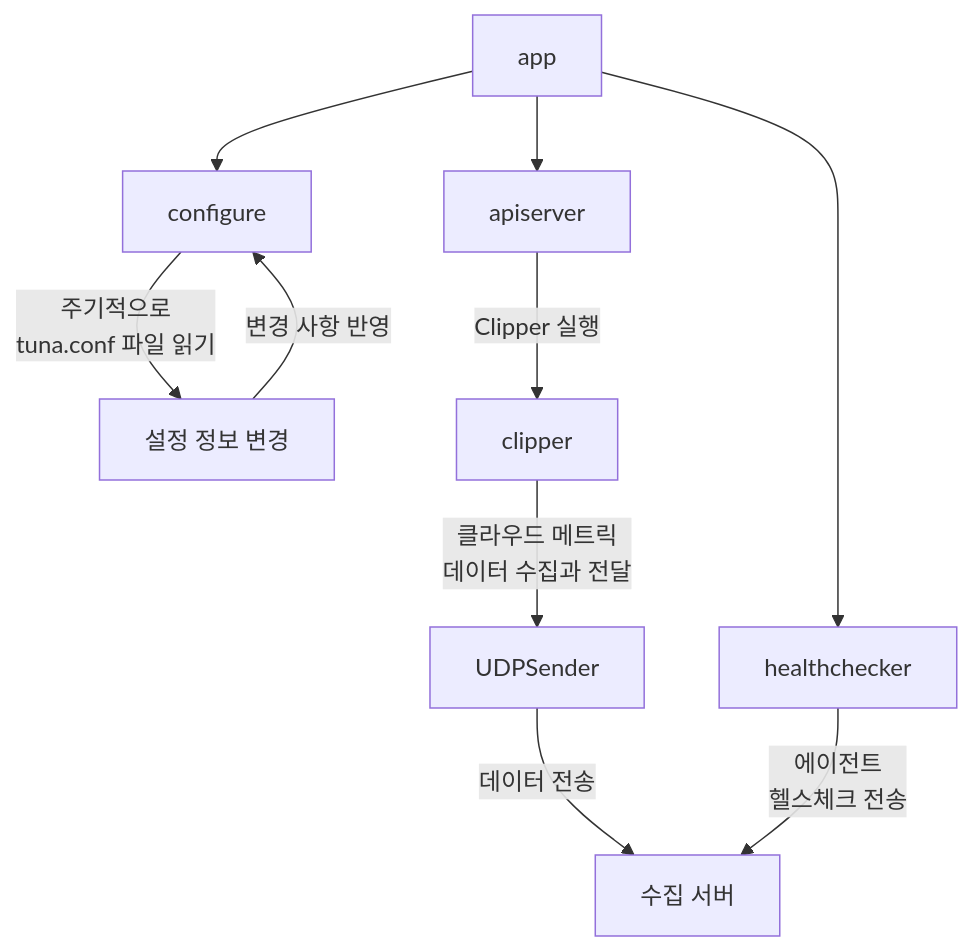
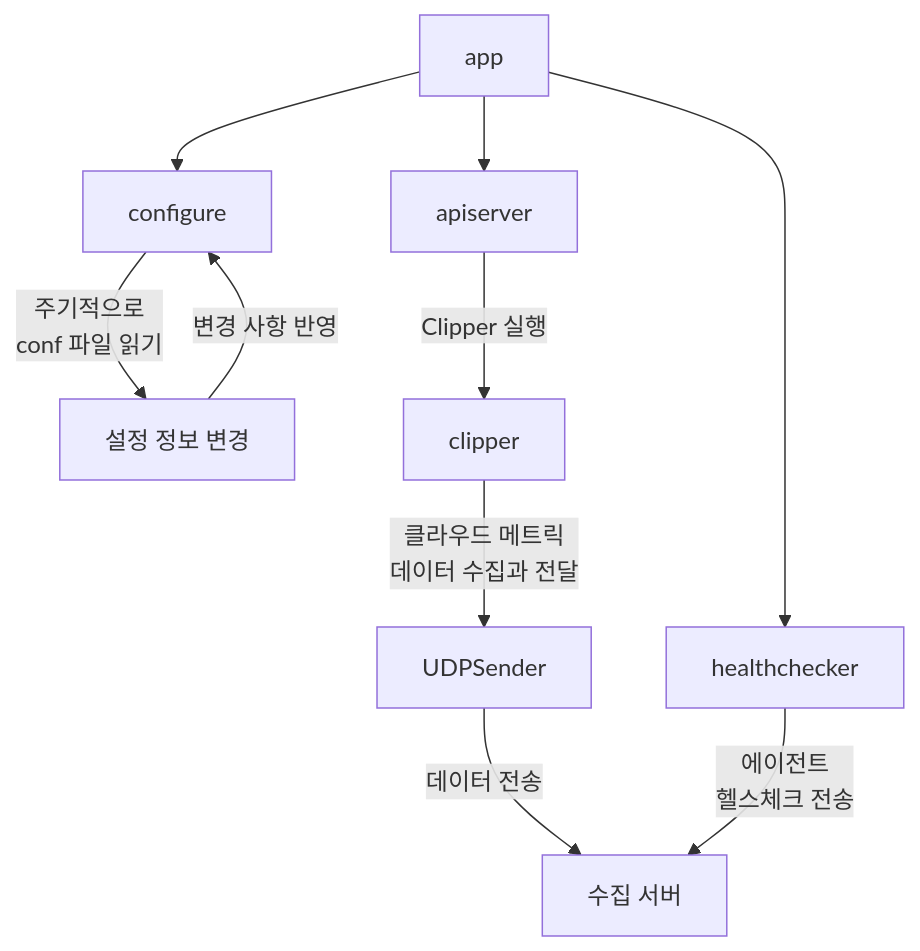
The diagram in _posts/golang/2025-01-03-cloud-agent.md (NodleKang/nodlekang.github.io), drawn with Mermaid before and after one commit.

```diff
--- a/_posts/golang/2025-01-03-cloud-agent.md
+++ b/_posts/golang/2025-01-03-cloud-agent.md
@@ -19,15 +19,15 @@
 <pre class="mermaid">
 flowchart TD
     App[app] --> Config[configure]
     App --> APIserver[apiserver]
     App --> HealthCheck[healthchecker]
 
-    Config -->|주기적으로 <br> tuna.conf 파일 읽기| Config1[설정 정보 변경]
+    Config -->|주기적으로 <br> conf 파일 읽기| Config1[설정 정보 변경]
     Config1 -->|변경 사항 반영| Config
 
     APIserver -->|Clipper 실행| Clipper[clipper]
     Clipper -->|클라우드 메트릭 <br> 데이터 수집과 전달| UDPSender
     UDPSender -->|데이터 전송| CollectServer[수집 서버]
 
     HealthCheck -->|에이전트 <br> 헬스체크 전송| CollectServer[수집 서버]
 </pre>
```
